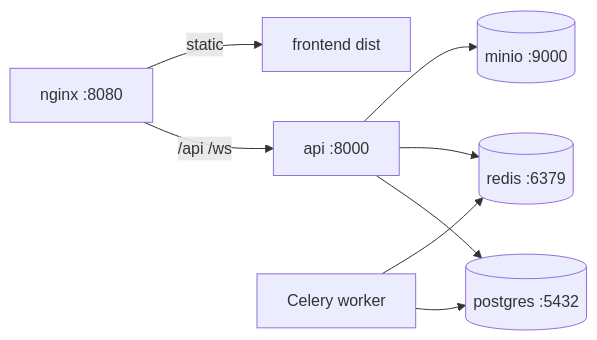
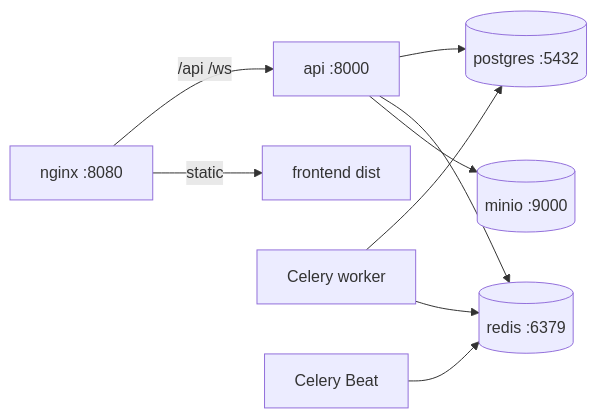
Before and after one commit to Anjlee-hub/NeuroPlant-AI: the second of 2 diagrams in docs/06-deployment.md, drawn with Mermaid. The commit also changed other lines of this file and 40 other files, not shown here.

````diff
--- a/docs/06-deployment.md
+++ b/docs/06-deployment.md
@@ -47,10 +59,11 @@
 ```mermaid
 flowchart LR
     W[nginx :8080] -->|/api /ws| API[api :8000]
     W -->|static| DIST[frontend dist]
     API --> DB[(postgres :5432)]
     API --> RE[(redis :6379)]
     API --> MI[(minio :9000)]
     WK[Celery worker] --> DB
     WK --> RE
+    BT[Celery Beat] --> RE
 ```
````
